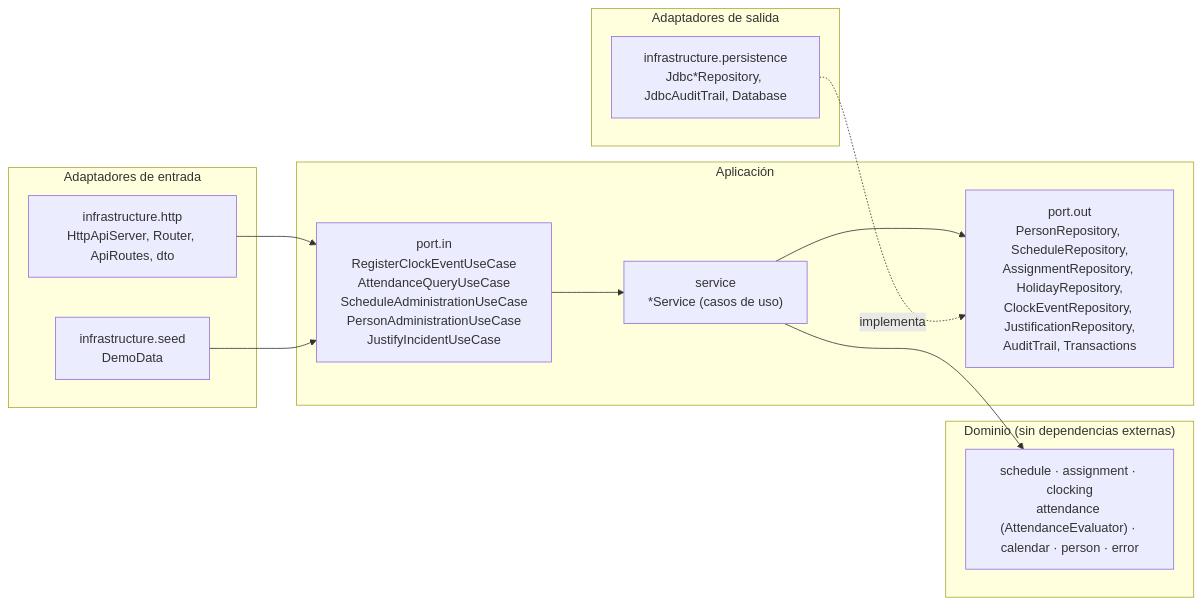
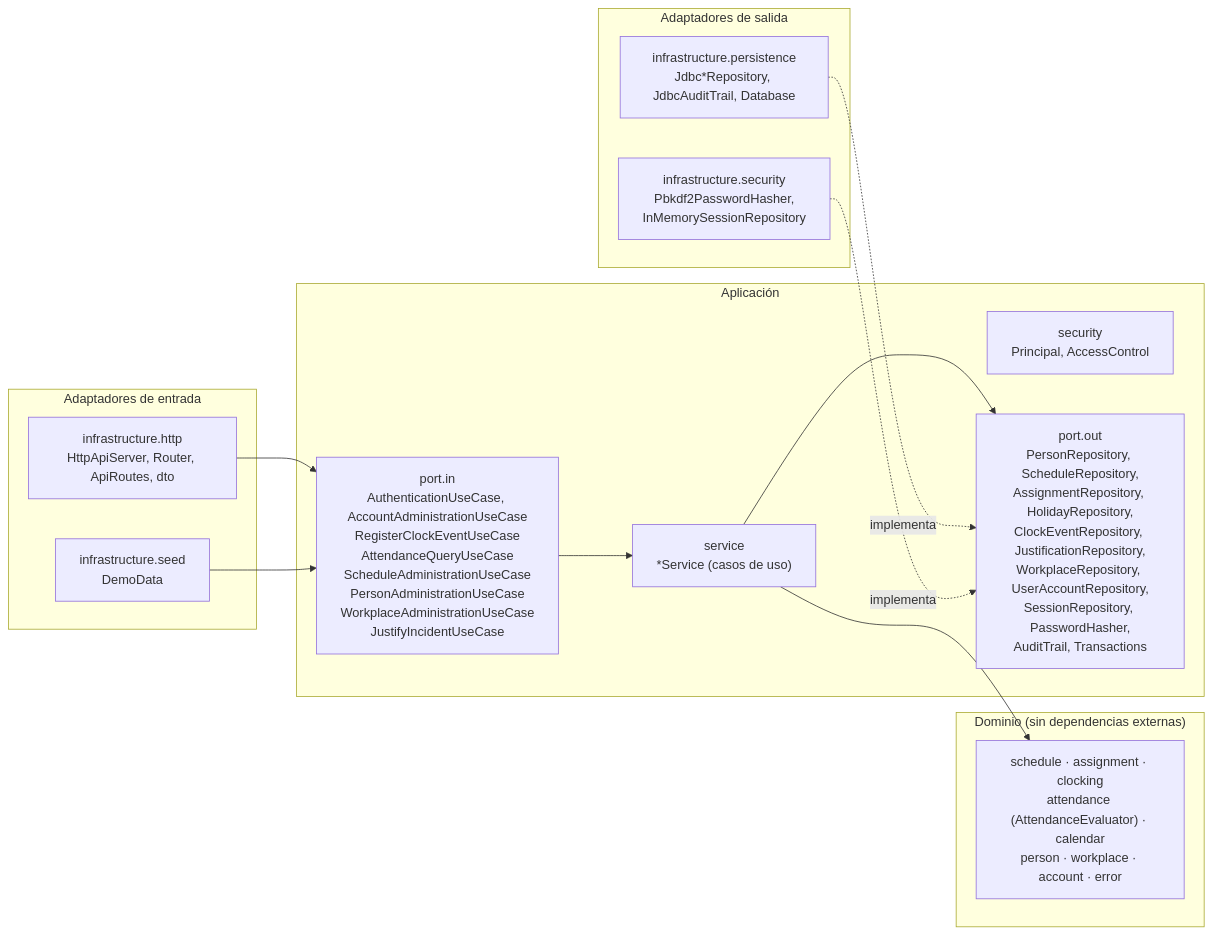
One commit to Jiujitsu2816/Asistance-app changed the second of 3 diagrams in README.md. Above: the diagram before and after it, drawn with Mermaid. The commit also changed other lines of this file and 72 other files, not shown here.

````diff
--- a/README.md
+++ b/README.md
@@ -206,23 +210,26 @@
 ```mermaid
 flowchart LR
     subgraph IN["Adaptadores de entrada"]
         HTTP["infrastructure.http<br/>HttpApiServer, Router, ApiRoutes, dto"]
         SEED["infrastructure.seed<br/>DemoData"]
     end
     subgraph APP["Aplicación"]
-        PIN["port.in<br/>RegisterClockEventUseCase<br/>AttendanceQueryUseCase<br/>ScheduleAdministrationUseCase<br/>PersonAdministrationUseCase<br/>JustifyIncidentUseCase"]
+        PIN["port.in<br/>AuthenticationUseCase, AccountAdministrationUseCase<br/>RegisterClockEventUseCase<br/>AttendanceQueryUseCase<br/>ScheduleAdministrationUseCase<br/>PersonAdministrationUseCase<br/>WorkplaceAdministrationUseCase<br/>JustifyIncidentUseCase"]
+        SEC["security<br/>Principal, AccessControl"]
         SVC["service<br/>*Service (casos de uso)"]
-        POUT["port.out<br/>PersonRepository, ScheduleRepository,<br/>AssignmentRepository, HolidayRepository,<br/>ClockEventRepository, JustificationRepository,<br/>AuditTrail, Transactions"]
+        POUT["port.out<br/>PersonRepository, ScheduleRepository,<br/>AssignmentRepository, HolidayRepository,<br/>ClockEventRepository, JustificationRepository,<br/>WorkplaceRepository, UserAccountRepository,<br/>SessionRepository, PasswordHasher,<br/>AuditTrail, Transactions"]
         PIN --> SVC --> POUT
     end
     subgraph DOM["Dominio (sin dependencias externas)"]
-        D["schedule · assignment · clocking<br/>attendance (AttendanceEvaluator) · calendar · person · error"]
+        D["schedule · assignment · clocking<br/>attendance (AttendanceEvaluator) · calendar<br/>person · workplace · account · error"]
     end
     subgraph OUT["Adaptadores de salida"]
         JDBC["infrastructure.persistence<br/>Jdbc*Repository, JdbcAuditTrail, Database"]
+        SECA["infrastructure.security<br/>Pbkdf2PasswordHasher,<br/>InMemorySessionRepository"]
     end
     HTTP --> PIN
     SEED --> PIN
     SVC --> D
     JDBC -. implementa .-> POUT
+    SECA -. implementa .-> POUT
 ```
````
